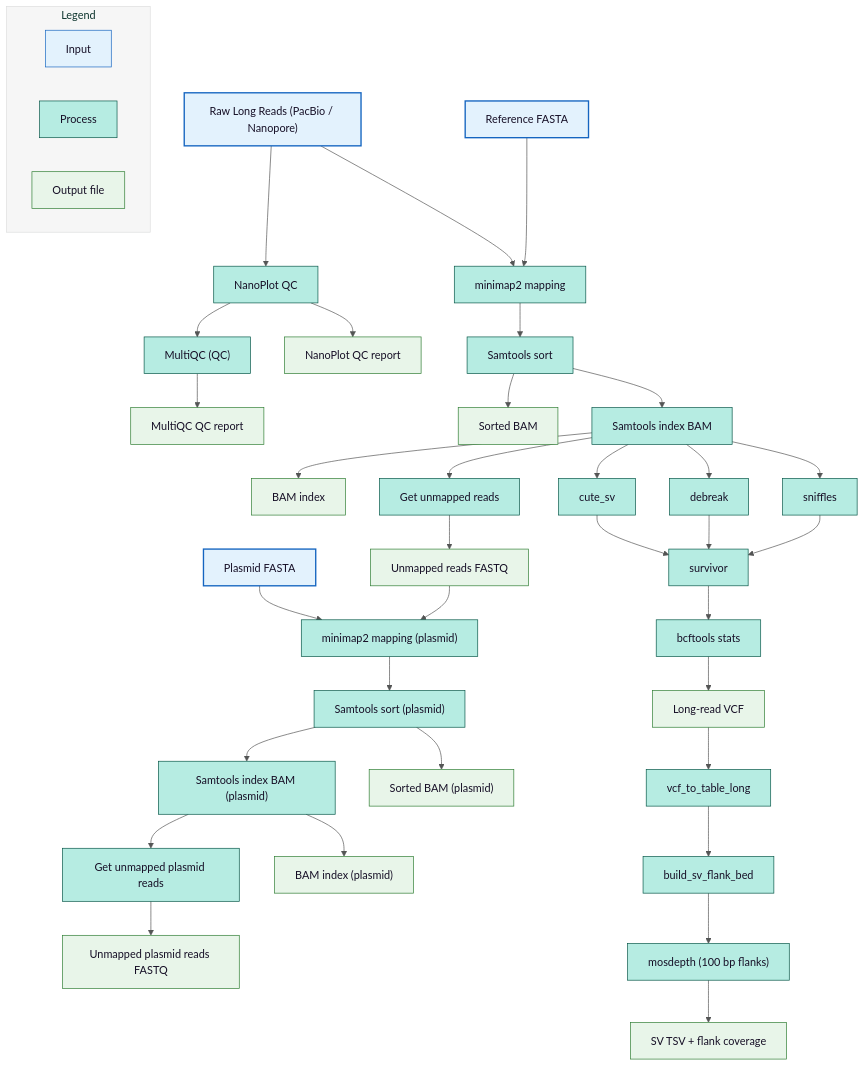
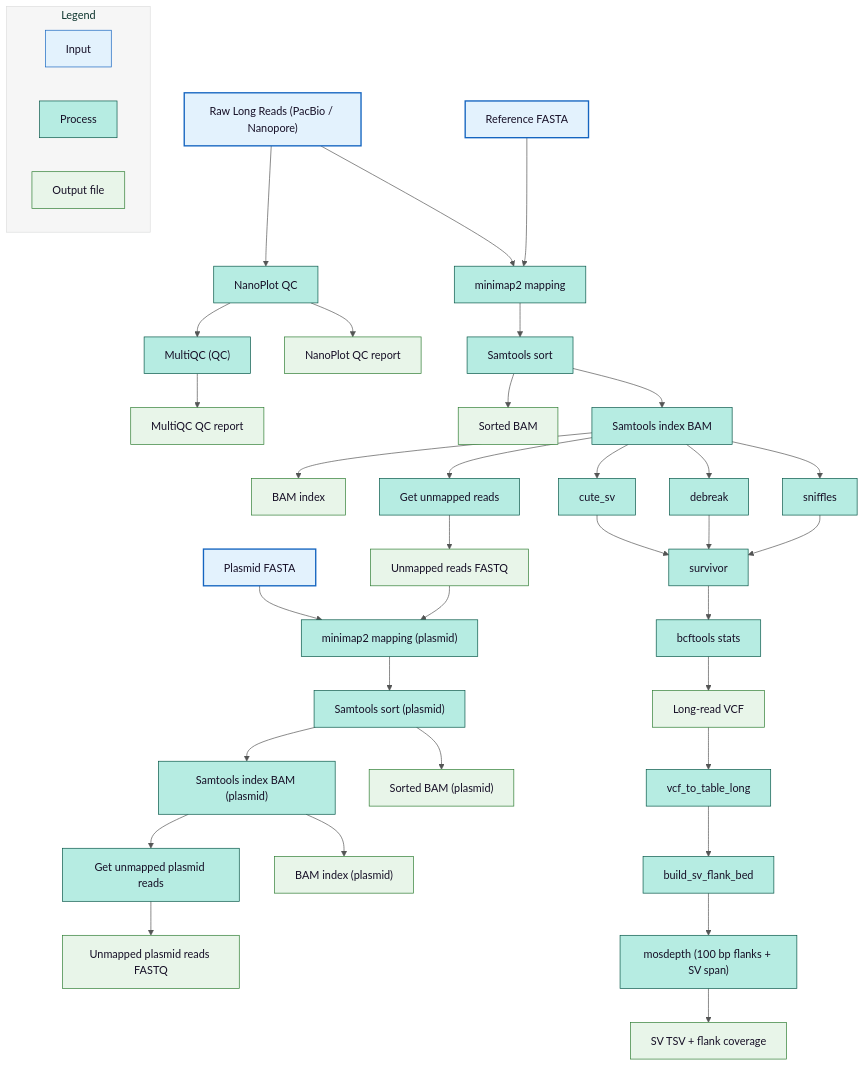
One commit to denisHanch/efsa_pipeline changed the diagram in docs/outputs/long-reads.md. Above: the diagram before and after it, drawn with Mermaid. The commit also changed other lines of this file and 5 other files, not shown here.

```diff
--- a/docs/outputs/long-reads.md
+++ b/docs/outputs/long-reads.md
@@ -77,7 +77,7 @@
 BCFTOOLS_STATS["bcftools stats"]
 VCF2TABLE_LONG["vcf_to_table_long"]
 BUILD_BED_LONG["build_sv_flank_bed"]
-MOSDEPTH_LONG["mosdepth (100 bp flanks)"]
+MOSDEPTH_LONG["mosdepth (100 bp flanks + SV span)"]
 
 SV_TSV_LONG["SV TSV + flank coverage"]:::output
 LONG_VCF["Long-read VCF"]:::output
```
